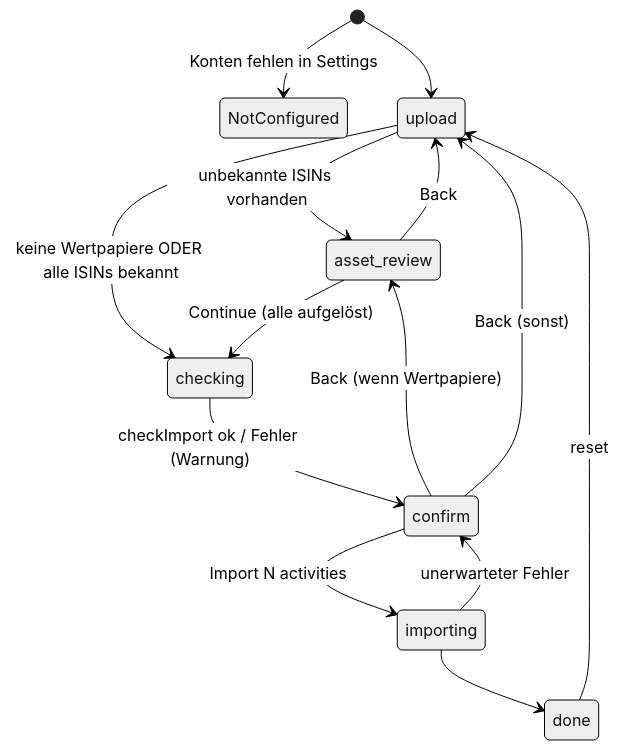
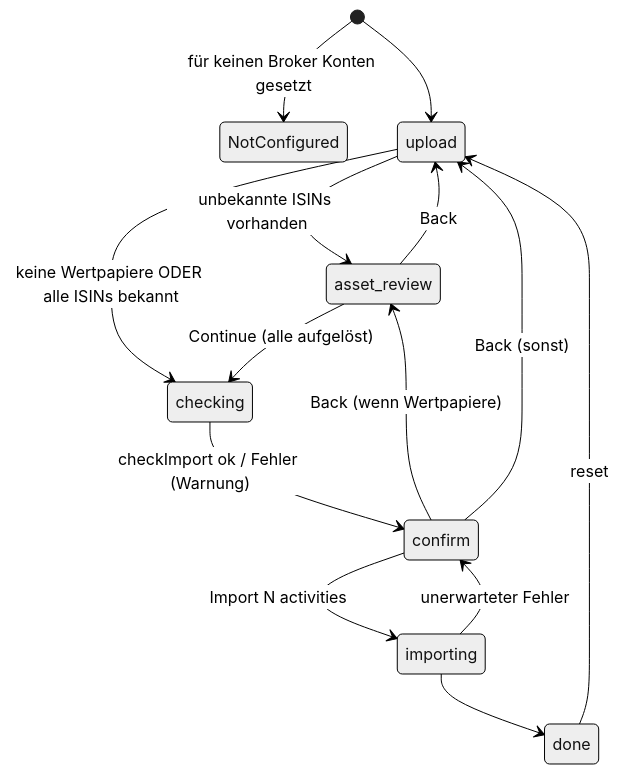
The fourth of 6 diagrams in docs/ARCHITECTURE.md (waldonso2/wealthfolio-importer-addon), drawn with Mermaid (neutral theme) before and after one commit. The commit also changed other lines of this file and 9 other files, not shown here.

First line of the commit message:
feat: update hint for new GitHub releases + architecture doc update (#7)

````diff
--- a/docs/ARCHITECTURE.md
+++ b/docs/ARCHITECTURE.md
@@ -288,16 +347,16 @@
 ```mermaid
 stateDiagram-v2
-    [*] --> NotConfigured: Konten fehlen in Settings
+    [*] --> NotConfigured: für keinen Broker Konten gesetzt
     [*] --> upload
     upload --> asset_review: unbekannte ISINs vorhanden
     upload --> checking: keine Wertpapiere ODER alle ISINs bekannt
     asset_review --> checking: Continue (alle aufgelöst)
     asset_review --> upload: Back
     checking --> confirm: checkImport ok / Fehler (Warnung)
     confirm --> asset_review: Back (wenn Wertpapiere)
     confirm --> upload: Back (sonst)
     confirm --> importing: Import N activities
     importing --> done
     importing --> confirm: unerwarteter Fehler
     done --> upload: reset
 ```
````
